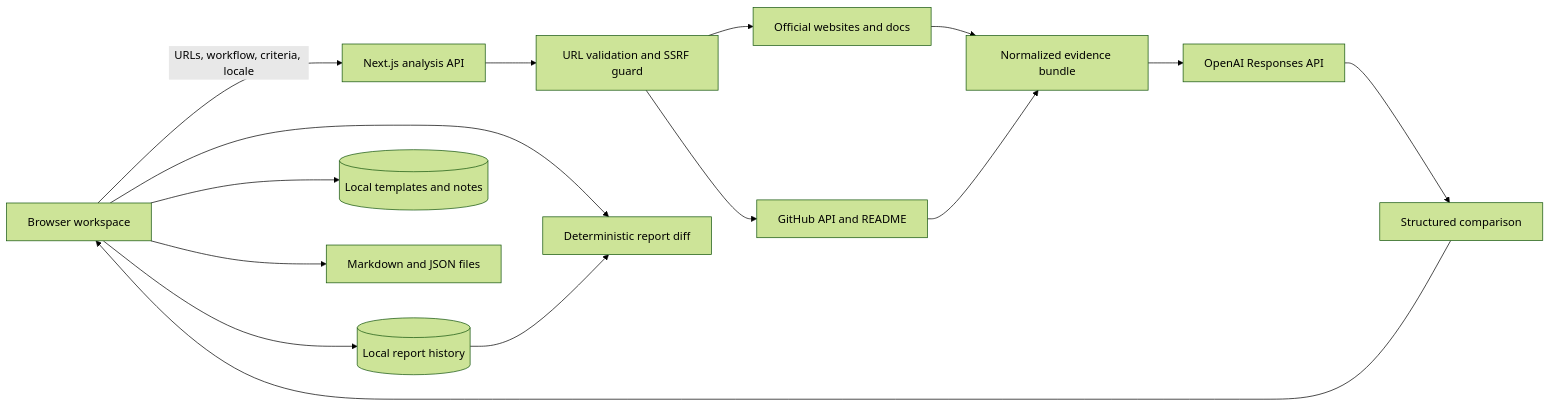
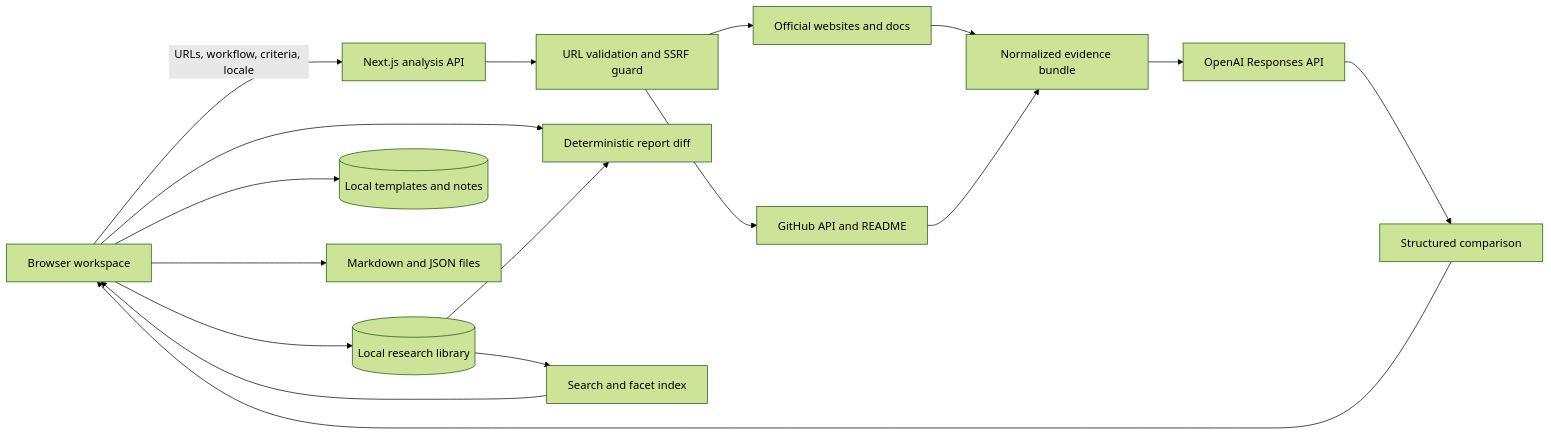
The first of 5 diagrams in README.md (wp043/fitlens), drawn with Mermaid (forest theme) before and after one commit. The commit also changed other lines of this file and 5 other files, not shown here.

Commit message:
feat(library): add local research search

````diff
--- a/README.md
+++ b/README.md
@@ -76,17 +78,19 @@
 ```mermaid
 flowchart LR
     U[Browser workspace] -->|URLs, workflow, criteria, locale| A[Next.js analysis API]
     A --> V[URL validation and SSRF guard]
     V --> W[Official websites and docs]
     V --> G[GitHub API and README]
     W --> E[Normalized evidence bundle]
     G --> E
     E --> M[OpenAI Responses API]
     M --> R[Structured comparison]
     R --> U
-    U --> H[(Local report history)]
+    U --> H[(Local research library)]
     U --> P[(Local templates and notes)]
     U --> D[Deterministic report diff]
     H --> D
+    H --> I[Search and facet index]
+    I --> U
     U --> X[Markdown and JSON files]
 ```
````
